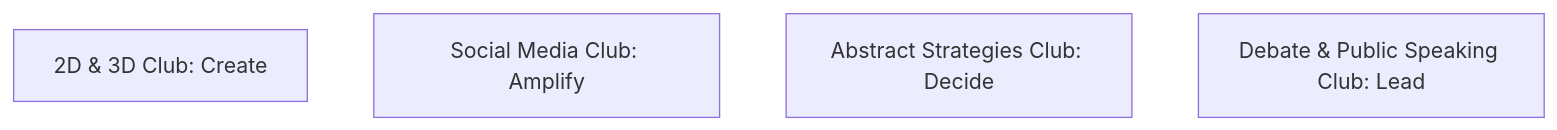
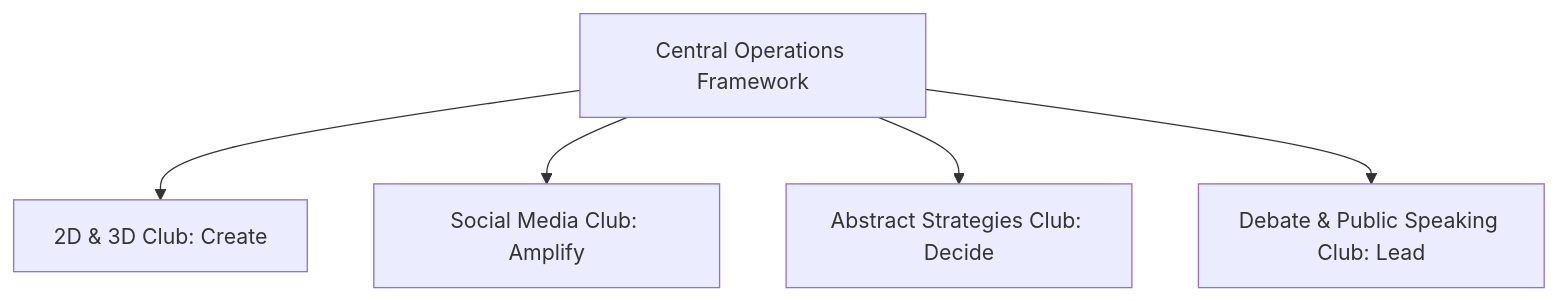
One commit to blxckpxnther46/Kalvium-X-Vels-Student-Clubs changed the diagram in 01-introduction/about.md. Above: the diagram before and after it, drawn with Mermaid. The commit also changed other lines of this file and 56 other files, not shown here.

Commit message:
refactor: establish framework vs club autonomy philosophy, common leadership model, and student-focused tone

````diff
--- a/01-introduction/about.md
+++ b/01-introduction/about.md
@@ -5,7 +5,8 @@
 ```mermaid
 graph TD
-    Sub1[2D & 3D Club: Create]
-    Sub2[Social Media Club: Amplify]
-    Sub3[Abstract Strategies Club: Decide]
-    Sub4[Debate & Public Speaking Club: Lead]
+    Framework[Central Operations Framework]
+    Framework --> Club1[2D & 3D Club: Create]
+    Framework --> Club2[Social Media Club: Amplify]
+    Framework --> Club3[Abstract Strategies Club: Decide]
+    Framework --> Club4[Debate & Public Speaking Club: Lead]
 ```
````
